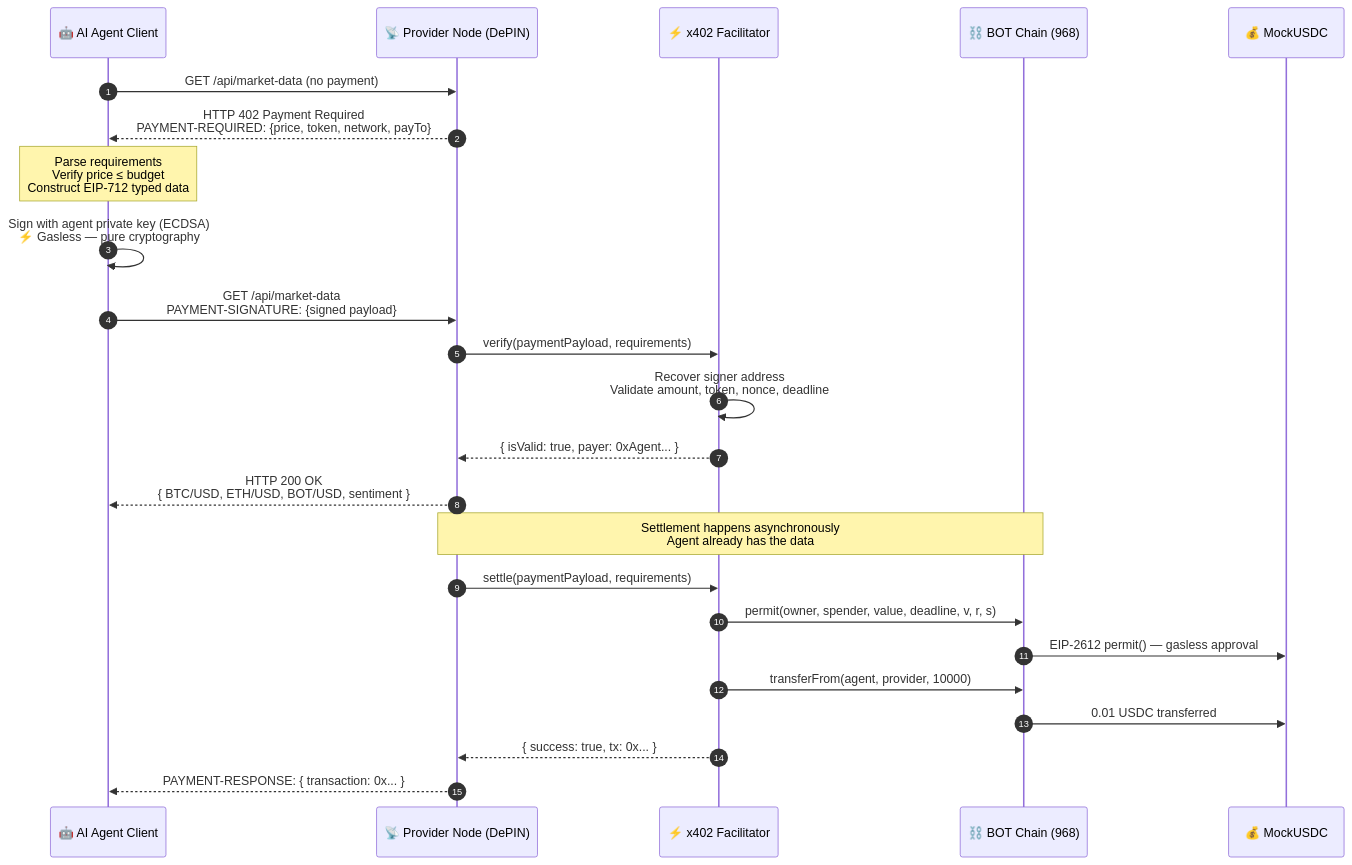
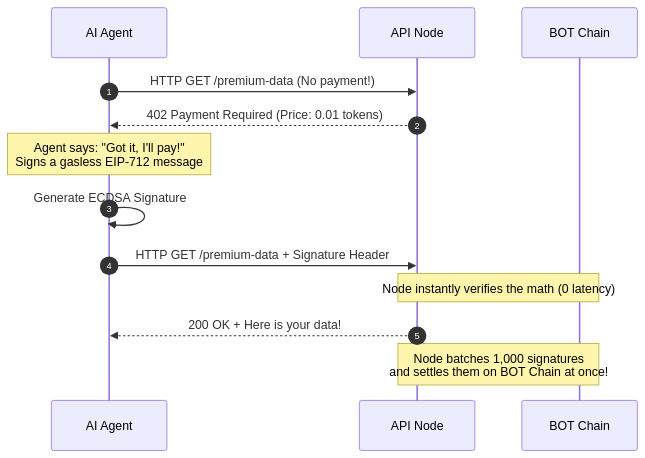
One commit to rythmern02/Swarm-Broker changed the second of 2 diagrams in BOT_CHAIN_X402_PROPOSAL.md. Above: the diagram before and after it, drawn with Mermaid. The commit also changed other lines of this file and 1 other file, not shown here.

````diff
--- a/BOT_CHAIN_X402_PROPOSAL.md
+++ b/BOT_CHAIN_X402_PROPOSAL.md
@@ -372,34 +54,20 @@
 ```mermaid
 sequenceDiagram
     autonumber
-    participant Agent as 🤖 AI Agent Client
-    participant Node as 📡 Provider Node (DePIN)
-    participant Fac as ⚡ x402 Facilitator
-    participant Chain as ⛓️ BOT Chain (968)
-    participant Token as 💰 MockUSDC
-
-    Agent->>Node: GET /api/market-data (no payment)
-    Node-->>Agent: HTTP 402 Payment Required<br/>PAYMENT-REQUIRED: {price, token, network, payTo}
-
-    Note over Agent: Parse requirements<br/>Verify price ≤ budget<br/>Construct EIP-712 typed data
-
-    Agent->>Agent: Sign with agent private key (ECDSA)<br/>⚡ Gasless — pure cryptography
-
-    Agent->>Node: GET /api/market-data<br/>PAYMENT-SIGNATURE: {signed payload}
-
-    Node->>Fac: verify(paymentPayload, requirements)
-    Fac->>Fac: Recover signer address<br/>Validate amount, token, nonce, deadline
-    Fac-->>Node: { isValid: true, payer: 0xAgent... }
-
-    Node-->>Agent: HTTP 200 OK<br/>{ BTC/USD, ETH/USD, BOT/USD, sentiment }
-
-    Note over Node,Chain: Settlement happens asynchronously<br/>Agent already has the data
-
-    Node->>Fac: settle(paymentPayload, requirements)
-    Fac->>Chain: permit(owner, spender, value, deadline, v, r, s)
-    Chain->>Token: EIP-2612 permit() — gasless approval
-    Fac->>Chain: transferFrom(agent, provider, 10000)
-    Chain->>Token: 0.01 USDC transferred
-    Fac-->>Node: { success: true, tx: 0x... }
-    Node-->>Agent: PAYMENT-RESPONSE: { transaction: 0x... }
+    participant Agent as AI Agent
+    participant Node as API Node
+    participant Chain as BOT Chain
+    
+    Agent->>Node: HTTP GET /premium-data (No payment!)
+    Node-->>Agent: 402 Payment Required (Price: 0.01 tokens)
+    
+    Note over Agent: Agent says: "Got it, I'll pay!"<br/>Signs a gasless EIP-712 message
+    Agent->>Agent: Generate ECDSA Signature
+    
+    Agent->>Node: HTTP GET /premium-data + Signature Header
+    
+    Note over Node,Chain: Node instantly verifies the math (0 latency)
+    Node-->>Agent: 200 OK + Here is your data!
+    
+    Note over Node,Chain: Node batches 1,000 signatures<br/>and settles them on BOT Chain at once!
 ```
````
